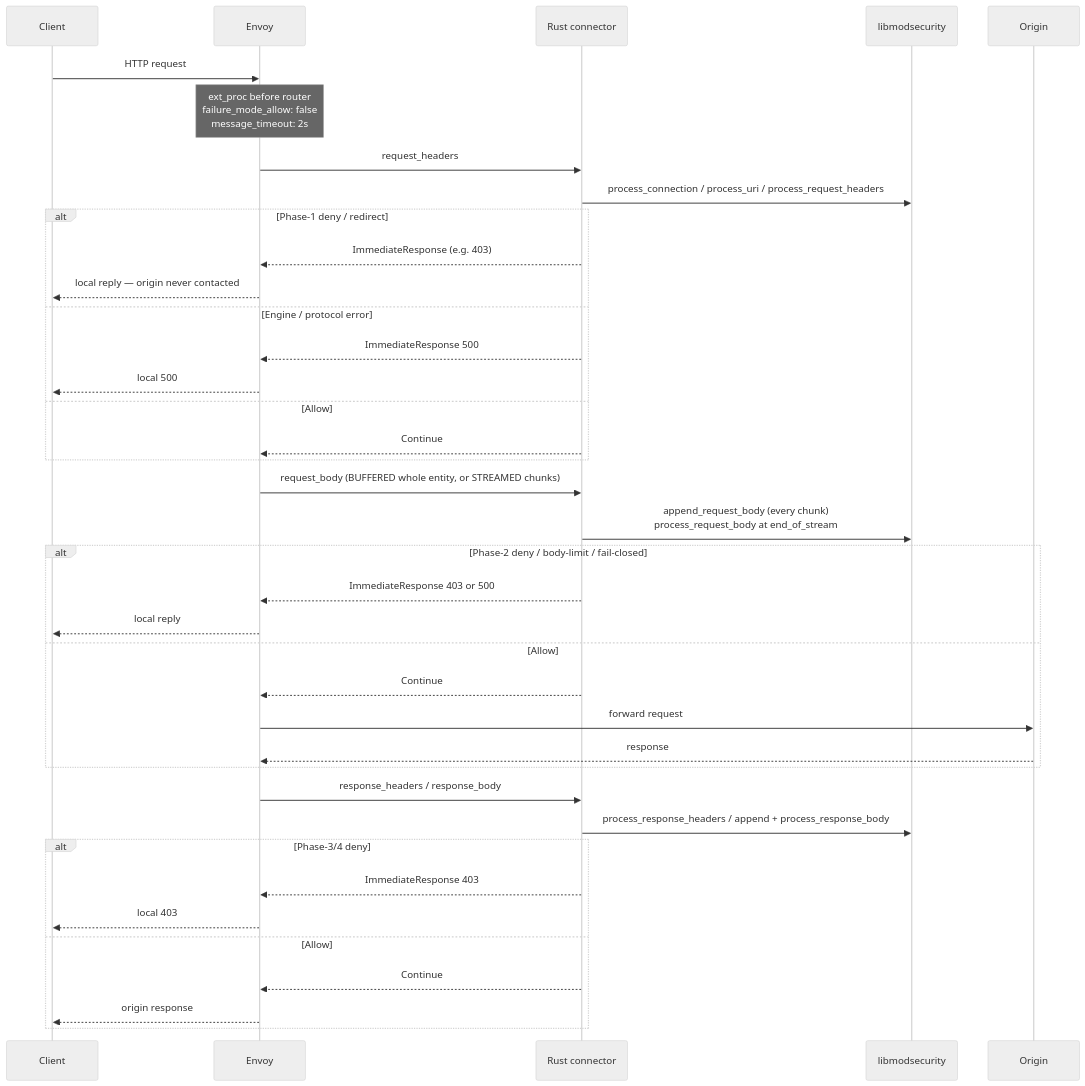
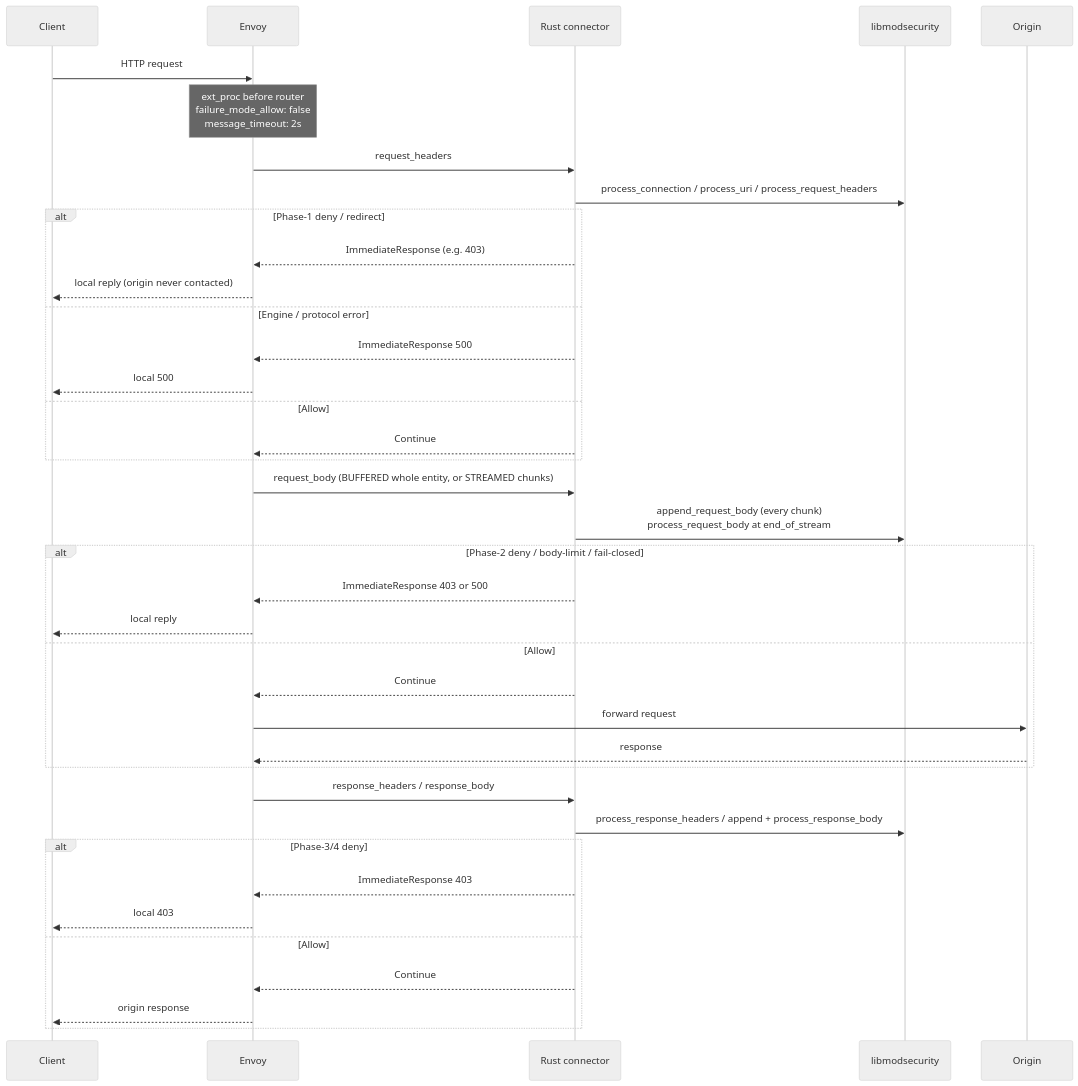
Before and after one commit to etiennemunnich/modsec-envoy-connector: the second of 3 diagrams in docs/how-it-works.md, drawn with Mermaid (neutral theme). The commit also changed other lines of this file and 8 other files, not shown here.

````diff
--- a/docs/how-it-works.md
+++ b/docs/how-it-works.md
@@ -65,44 +65,44 @@
 ```mermaid
 sequenceDiagram
   participant C as Client
   participant E as Envoy
   participant R as Rust connector
   participant M as libmodsecurity
   participant U as Origin
 
   C->>E: HTTP request
   Note over E: ext_proc before router<br/>failure_mode_allow: false<br/>message_timeout: 2s
 
   E->>R: request_headers
   R->>M: process_connection / process_uri / process_request_headers
   alt Phase-1 deny / redirect
     R-->>E: ImmediateResponse (e.g. 403)
-    E-->>C: local reply — origin never contacted
+    E-->>C: local reply (origin never contacted)
   else Engine / protocol error
     R-->>E: ImmediateResponse 500
     E-->>C: local 500
   else Allow
     R-->>E: Continue
   end
 
   E->>R: request_body (BUFFERED whole entity, or STREAMED chunks)
   R->>M: append_request_body (every chunk)<br/>process_request_body at end_of_stream
   alt Phase-2 deny / body-limit / fail-closed
     R-->>E: ImmediateResponse 403 or 500
     E-->>C: local reply
   else Allow
     R-->>E: Continue
     E->>U: forward request
     U-->>E: response
   end
 
   E->>R: response_headers / response_body
   R->>M: process_response_headers / append + process_response_body
   alt Phase-3/4 deny
     R-->>E: ImmediateResponse 403
     E-->>C: local 403
   else Allow
     R-->>E: Continue
     E-->>C: origin response
   end
 ```
````
